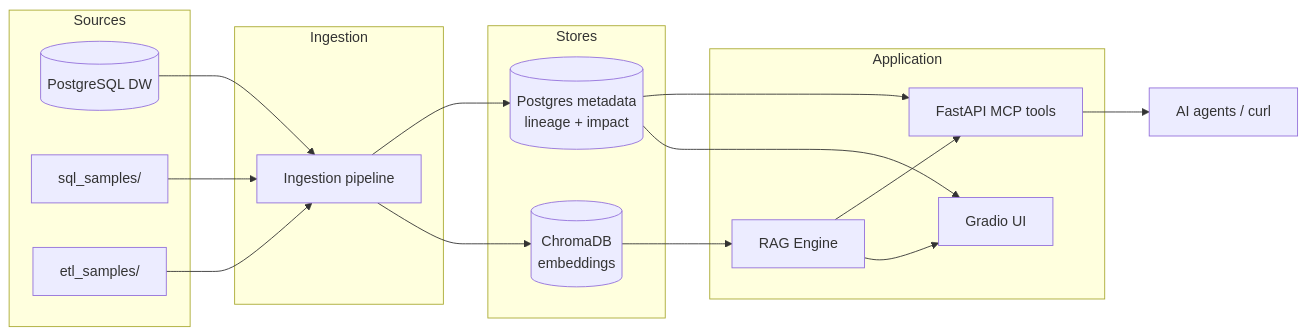
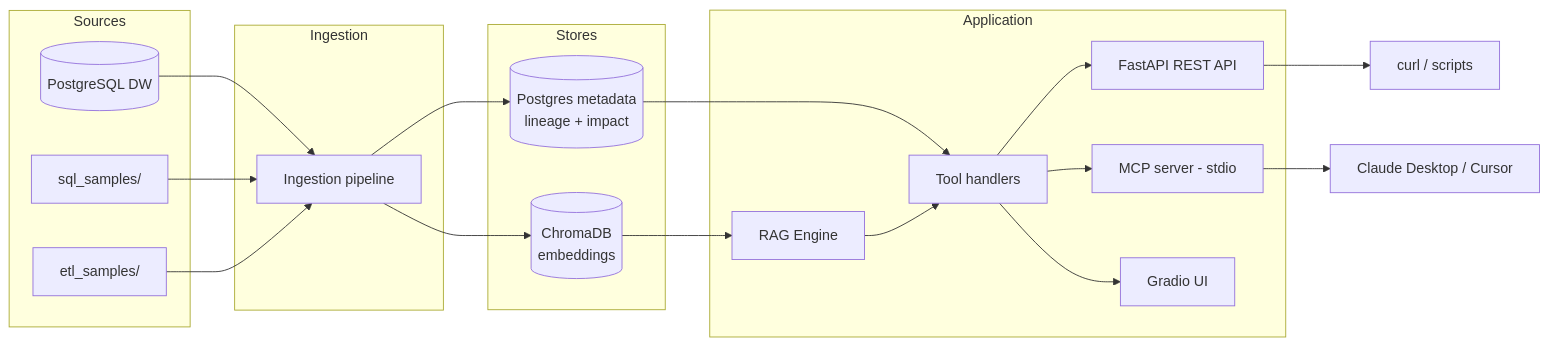
Before and after one commit to raghuram-chittibomma/data-catalog-assistant: the diagram in docs/SHOWCASE.md, drawn with Mermaid. The commit also changed other lines of this file and 74 other files, not shown here.

First line of the commit message:
Add real MCP server, CI lint/coverage gates, and repo cleanup

````diff
--- a/docs/SHOWCASE.md
+++ b/docs/SHOWCASE.md
@@ -29,31 +29,35 @@
 ```mermaid
 flowchart LR
   subgraph sources [Sources]
     DW[(PostgreSQL DW)]
     SQL[sql_samples/]
     ETL[etl_samples/]
   end
   subgraph ingest [Ingestion]
     Pipe[Ingestion pipeline]
   end
   subgraph stores [Stores]
     Meta[(Postgres metadata\nlineage + impact)]
     Chroma[(ChromaDB\nembeddings)]
   end
   subgraph app [Application]
     RAG[RAG Engine]
-    MCP[FastAPI MCP tools]
+    Tools[Tool handlers]
+    REST[FastAPI REST API]
+    MCP[MCP server - stdio]
     UI[Gradio UI]
   end
   DW --> Pipe
   SQL --> Pipe
   ETL --> Pipe
   Pipe --> Meta
   Pipe --> Chroma
-  Meta --> MCP
-  Meta --> UI
+  Meta --> Tools
   Chroma --> RAG
-  RAG --> MCP
-  RAG --> UI
-  MCP --> Agents[AI agents / curl]
+  RAG --> Tools
+  Tools --> REST
+  Tools --> MCP
+  Tools --> UI
+  REST --> Curl[curl / scripts]
+  MCP --> Agents[Claude Desktop / Cursor]
 ```
````
